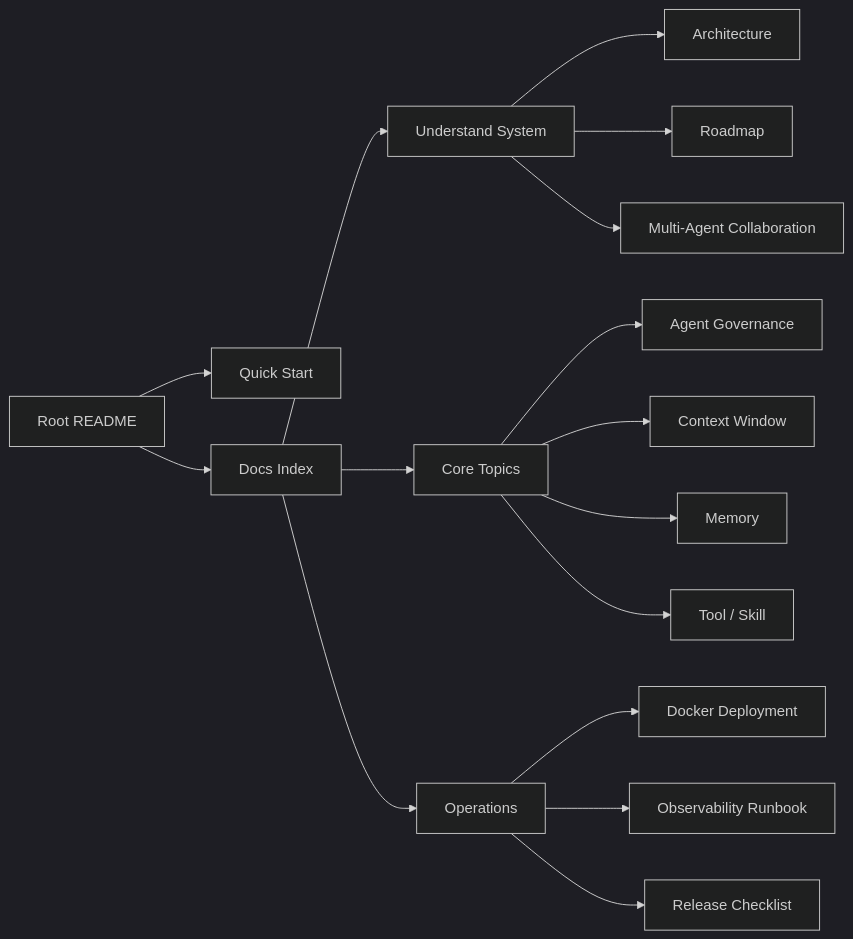
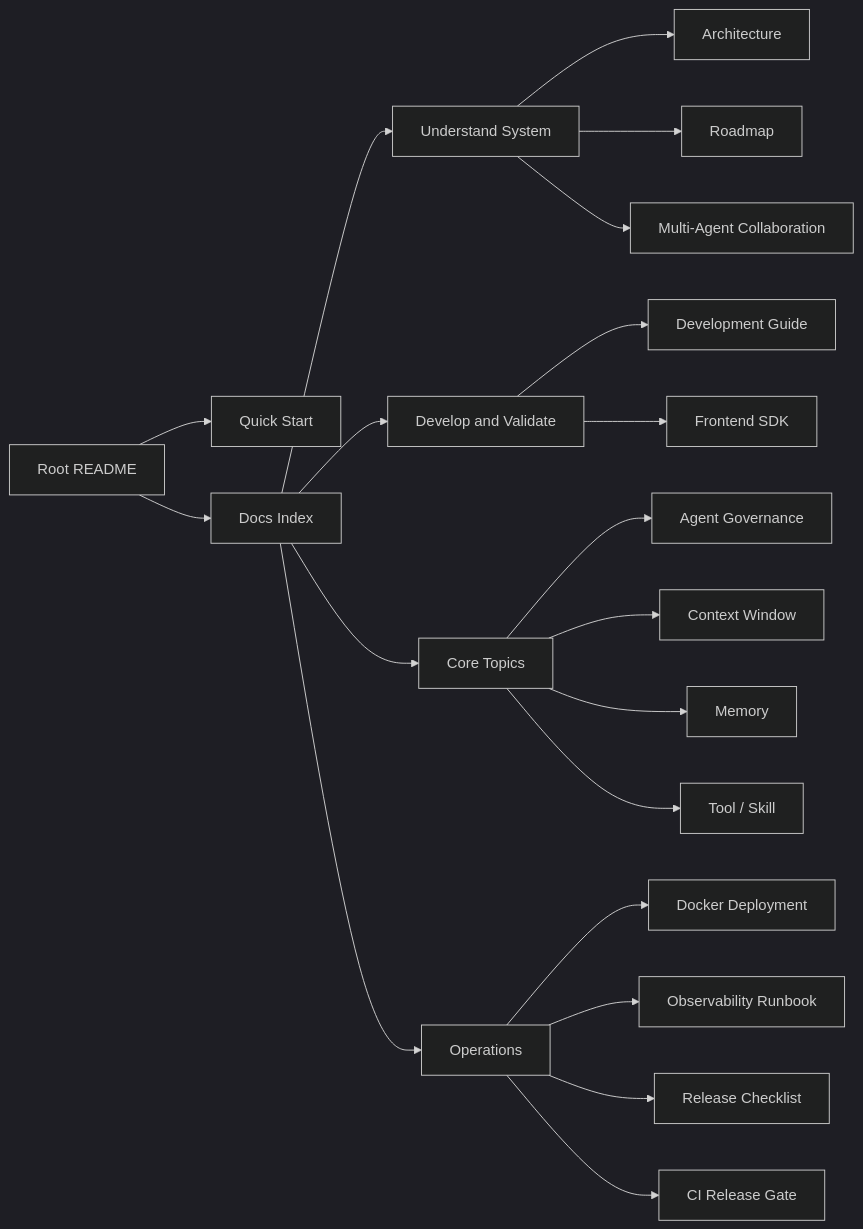
The diagram in docs/README.md (William-zgx/focus-agent), drawn with Mermaid (dark theme) before and after one commit. The commit also changed other lines of this file and 8 other files, not shown here.

````diff
--- a/docs/README.md
+++ b/docs/README.md
@@ -7,18 +7,22 @@
 ```mermaid
 flowchart LR
     README["Root README"] --> Quick["Quick Start"]
     README --> Docs["Docs Index"]
     Docs --> Understand["Understand System"]
+    Docs --> Develop["Develop and Validate"]
     Docs --> Topics["Core Topics"]
     Docs --> Ops["Operations"]
     Understand --> Architecture["Architecture"]
     Understand --> Roadmap["Roadmap"]
     Understand --> MultiAgent["Multi-Agent Collaboration"]
+    Develop --> DevGuide["Development Guide"]
+    Develop --> SDK["Frontend SDK"]
     Topics --> Governance["Agent Governance"]
     Topics --> ContextWindow["Context Window"]
     Topics --> Memory["Memory"]
     Topics --> Tools["Tool / Skill"]
     Ops --> Docker["Docker Deployment"]
     Ops --> Observability["Observability Runbook"]
     Ops --> Release["Release Checklist"]
+    Ops --> CIGate["CI Release Gate"]
 ```
````
